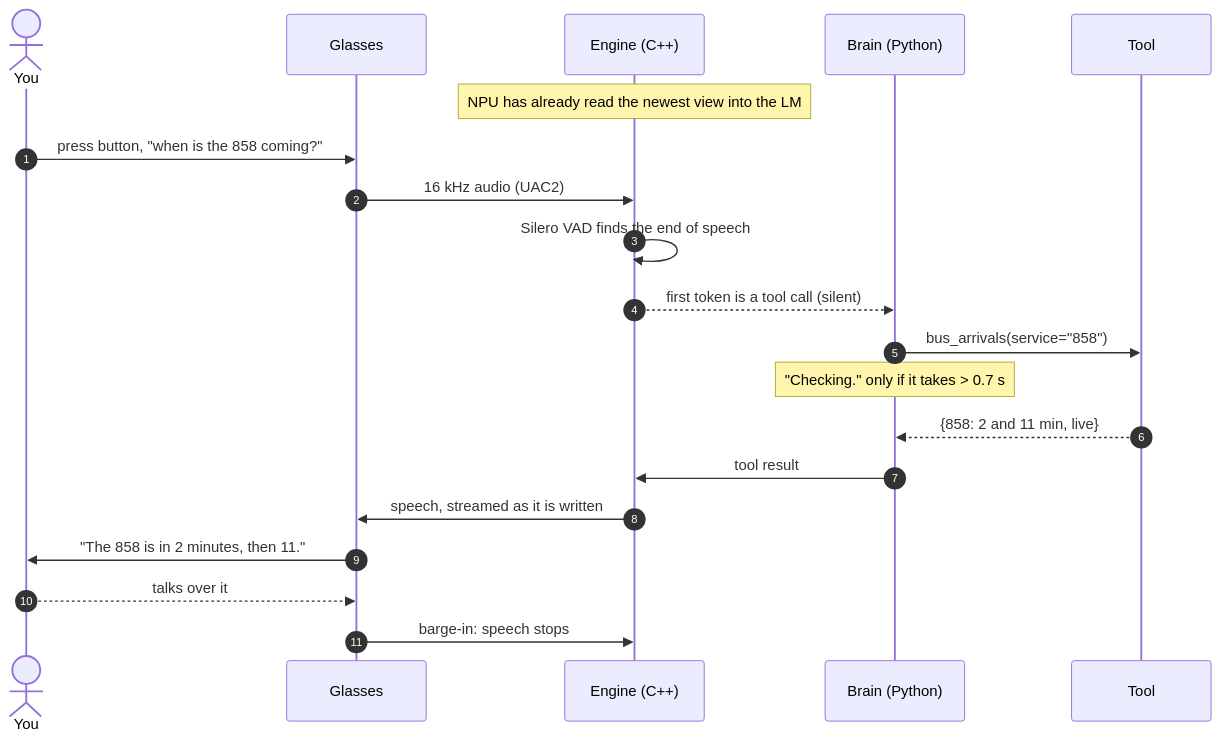
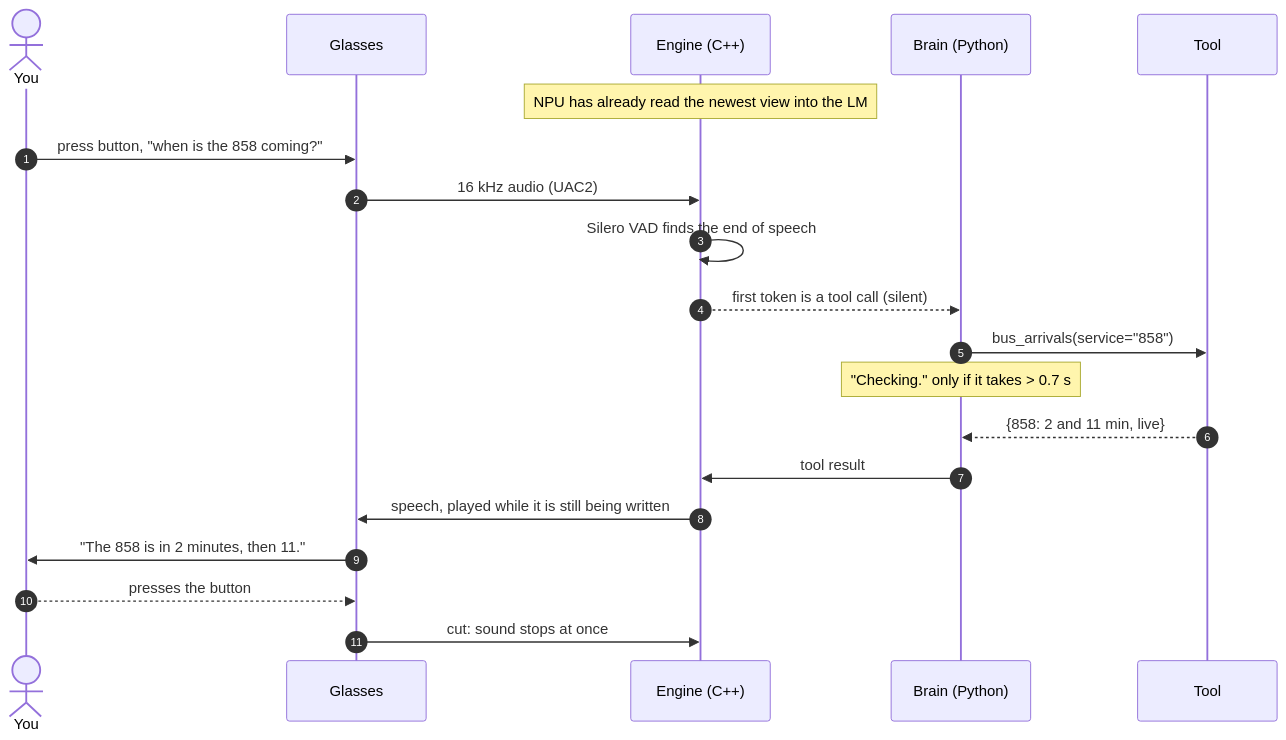
One commit to Asirive/Asirive-Cortex changed the third of 7 diagrams in README.md. Above: the diagram before and after it, drawn with Mermaid. The commit also changed other lines of this file and 3 other files, not shown here.

First line of the commit message:
README: Cortex-EmbD section, fixed diagrams and numbers

````diff
--- a/README.md
+++ b/README.md
@@ -154,23 +201,23 @@
 ```mermaid
 sequenceDiagram
   autonumber
   actor U as You
   participant GL as Glasses
   participant E as Engine (C++)
   participant BR as Brain (Python)
   participant T as Tool
 
   Note over E: NPU has already read the newest view into the LM
   U->>GL: press button, "when is the 858 coming?"
   GL->>E: 16 kHz audio (UAC2)
   E->>E: Silero VAD finds the end of speech
   E-->>BR: first token is a tool call (silent)
   BR->>T: bus_arrivals(service="858")
   Note over BR: "Checking." only if it takes > 0.7 s
   T-->>BR: {858: 2 and 11 min, live}
   BR->>E: tool result
-  E->>GL: speech, streamed as it is written
+  E->>GL: speech, played while it is still being written
   GL->>U: "The 858 is in 2 minutes, then 11."
-  U-->>GL: talks over it
-  GL->>E: barge-in: speech stops
+  U-->>GL: presses the button
+  GL->>E: cut: sound stops at once
 ```
````
